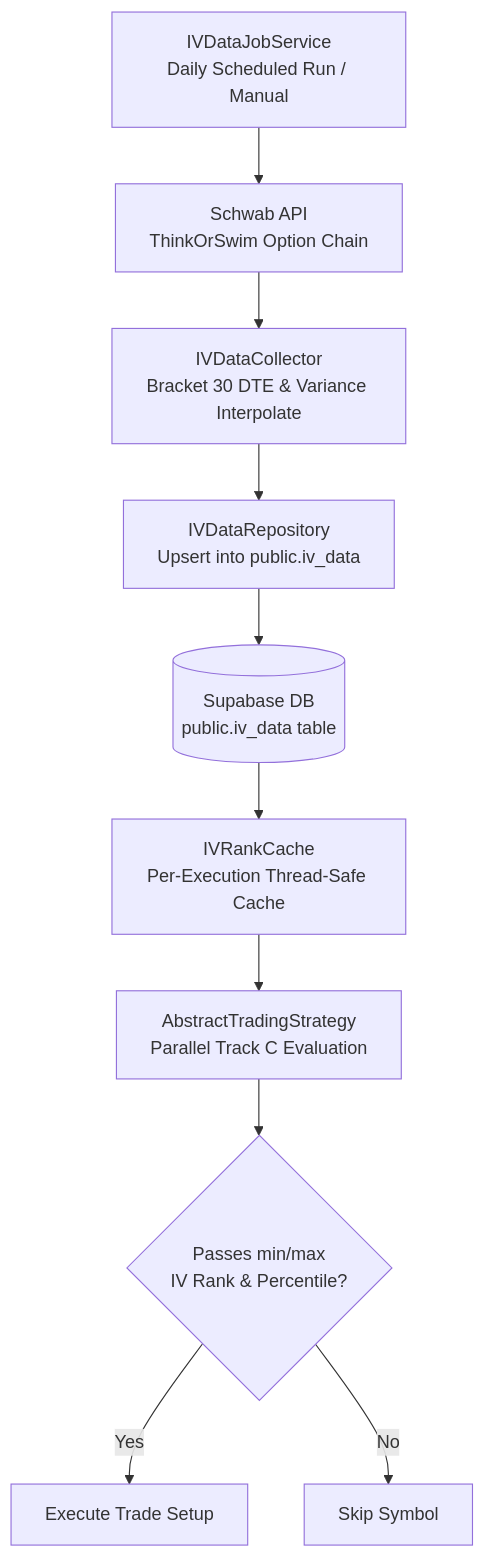
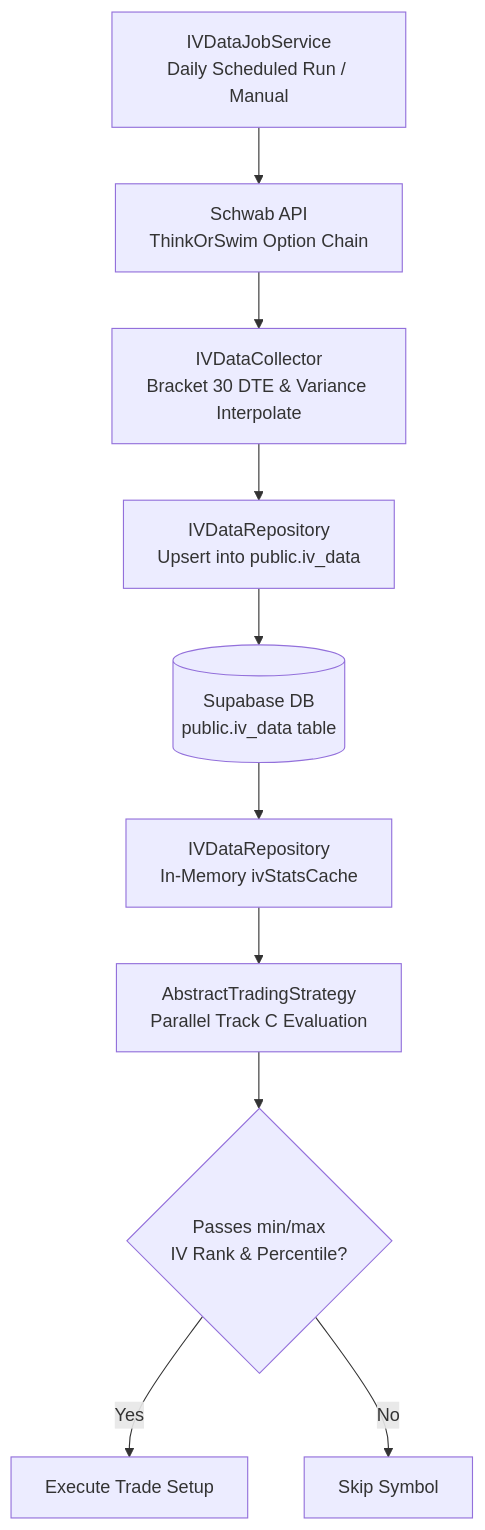
Before and after one commit to phemasundar/trading-bot: the diagram in docs/implied-volatility.md, drawn with Mermaid. The commit also changed other lines of this file and 56 other files, not shown here.

Commit message:
refactor(frontend): streamline options execution, remove legacy fallbacks, and modularize UI architecture. Optimize Supabase Disk IO, bulk IV lookups, and cache architecture

````diff
--- a/docs/implied-volatility.md
+++ b/docs/implied-volatility.md
@@ -13,13 +13,13 @@
 ```mermaid
 flowchart TD
     Job[IVDataJobService<br>Daily Scheduled Run / Manual] --> Schwab[Schwab API<br>ThinkOrSwim Option Chain]
     Schwab --> Collector[IVDataCollector<br>Bracket 30 DTE & Variance Interpolate]
     Collector --> Repo[IVDataRepository<br>Upsert into public.iv_data]
     Repo --> Supabase[(Supabase DB<br>public.iv_data table)]
     
-    Supabase --> Cache[IVRankCache<br>Per-Execution Thread-Safe Cache]
+    Supabase --> Cache[IVDataRepository<br>In-Memory ivStatsCache]
     Cache --> Strategy[AbstractTradingStrategy<br>Parallel Track C Evaluation]
     Strategy --> Filters{Passes min/max<br>IV Rank & Percentile?}
     Filters -- Yes --> Trades[Execute Trade Setup]
     Filters -- No --> Skip[Skip Symbol]
 ```
````
